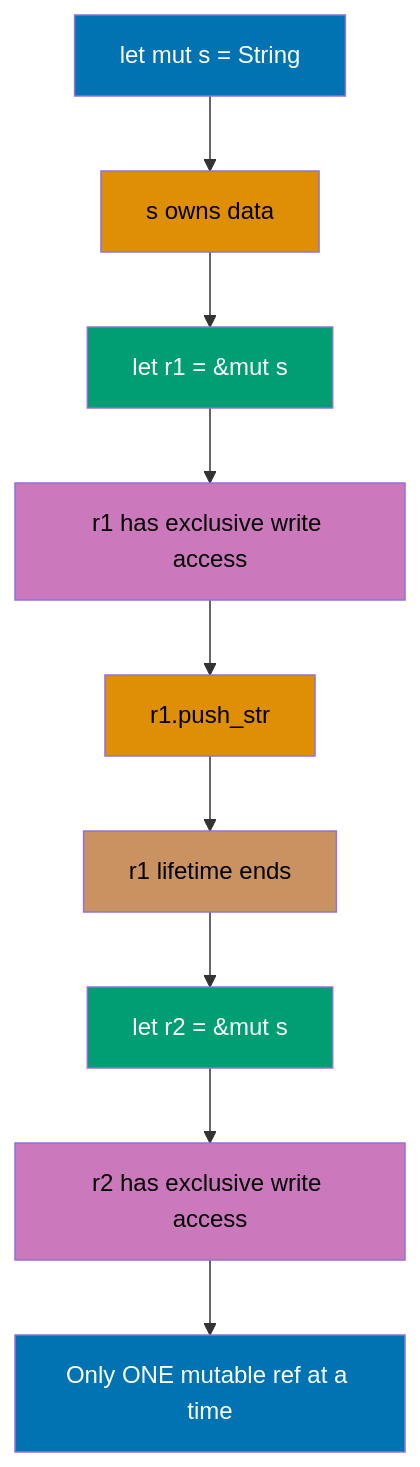
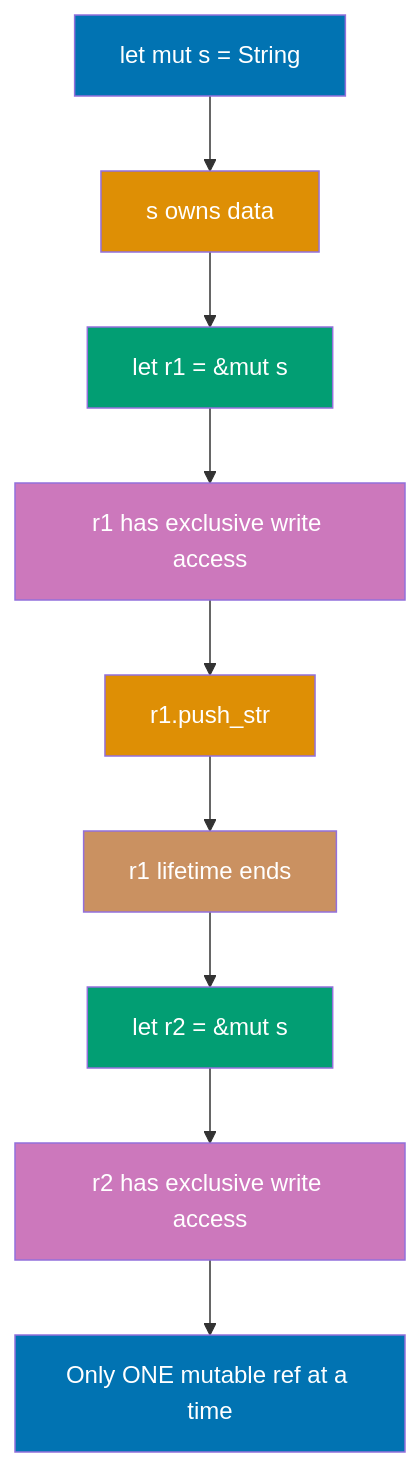
The fifth of 9 diagrams in apps/ayokoding-web/content/en/learn/software-engineering/programming-languages/rust/by-example/beginner.md (wahidyankf/open-sharia-enterprise), drawn with Mermaid before and after one commit. The commit also changed other lines of this file and 61 other files, not shown here.

First line of the commit message:
fix(ayokoding-web): quote Mermaid node labels with special characters in Example 63

````diff
--- a/apps/ayokoding-web/content/en/learn/software-engineering/programming-languages/rust/by-example/beginner.md
+++ b/apps/ayokoding-web/content/en/learn/software-engineering/programming-languages/rust/by-example/beginner.md
@@ -855,22 +855,22 @@
 ```mermaid
 %% Mutable reference exclusive access
 graph TD
     A[let mut s = String] --> B[s owns data]
     B --> C[let r1 = &mut s]
     C --> D[r1 has exclusive write access]
     D --> E[r1.push_str]
     E --> F[r1 lifetime ends]
     F --> G[let r2 = &mut s]
     G --> H[r2 has exclusive write access]
     H --> I[Only ONE mutable ref at a time]
 
     style A fill:#0173B2,color:#fff
-    style B fill:#DE8F05,color:#000
+    style B fill:#DE8F05,color:#fff
     style C fill:#029E73,color:#fff
-    style D fill:#CC78BC,color:#000
-    style E fill:#DE8F05,color:#000
-    style F fill:#CA9161,color:#000
+    style D fill:#CC78BC,color:#fff
+    style E fill:#DE8F05,color:#fff
+    style F fill:#CA9161,color:#fff
     style G fill:#029E73,color:#fff
-    style H fill:#CC78BC,color:#000
+    style H fill:#CC78BC,color:#fff
     style I fill:#0173B2,color:#fff
 ```
````
